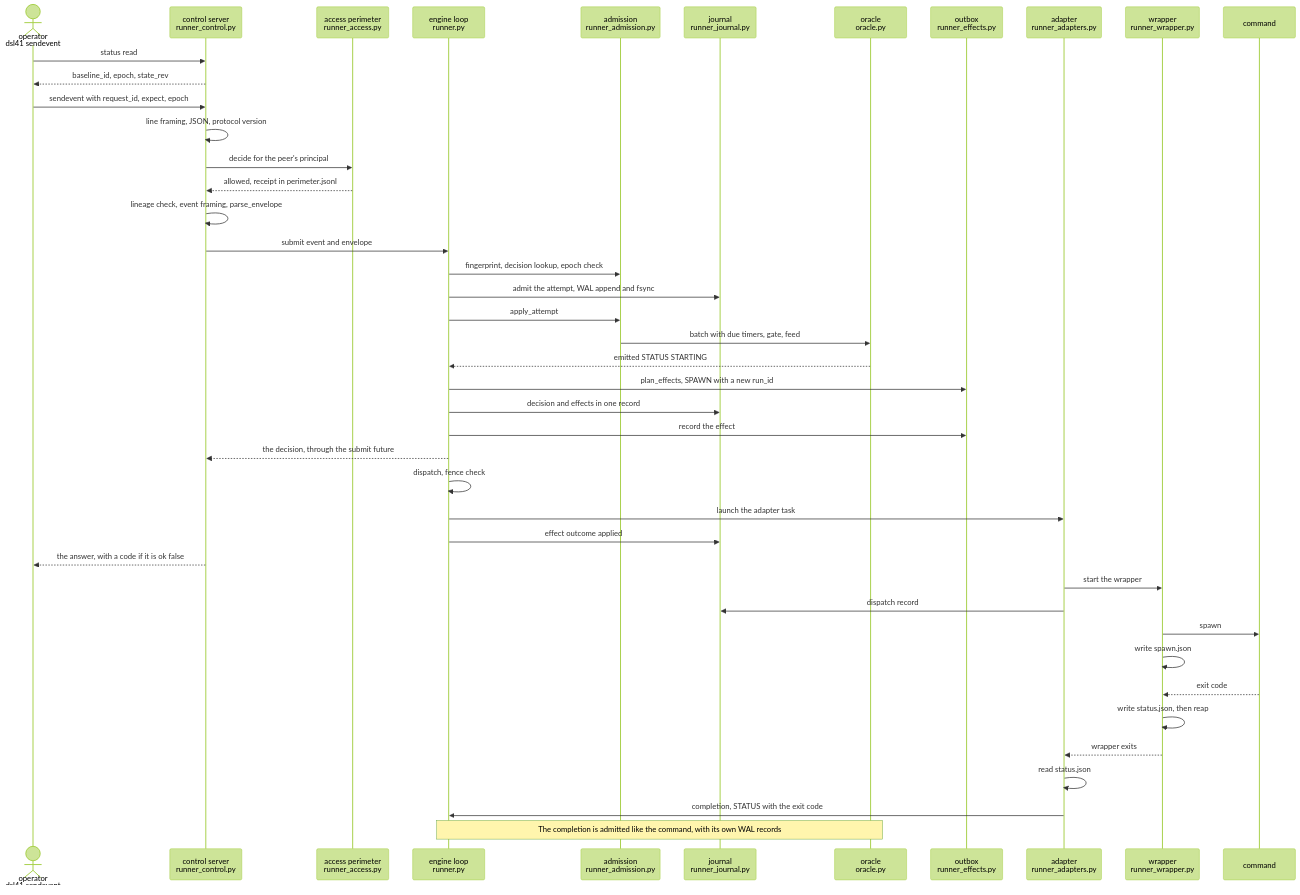
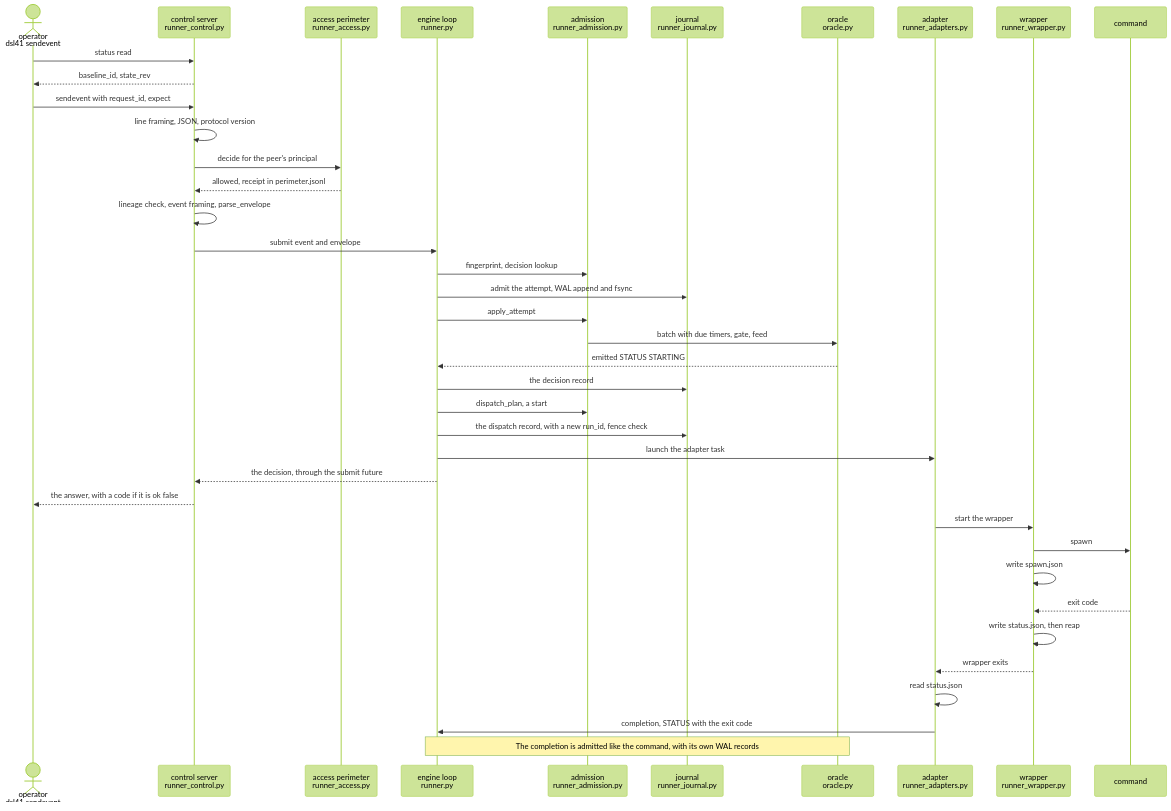
One commit to mrbald/dsl41 changed the fourth of 4 diagrams in docs/architecture.md. Above: the diagram before and after it, drawn with Mermaid (forest theme). The commit also changed other lines of this file and 99 other files, not shown here.

````diff
--- a/docs/architecture.md
+++ b/docs/architecture.md
@@ -224,45 +219,41 @@
 ```mermaid
 sequenceDiagram
   actor Op as operator<br/>dsl41 sendevent
   participant Ctl as control server<br/>runner_control.py
   participant Acc as access perimeter<br/>runner_access.py
   participant Eng as engine loop<br/>runner.py
   participant Adm as admission<br/>runner_admission.py
   participant Jr as journal<br/>runner_journal.py
   participant Orc as oracle<br/>oracle.py
-  participant Ob as outbox<br/>runner_effects.py
   participant Ad as adapter<br/>runner_adapters.py
   participant Wr as wrapper<br/>runner_wrapper.py
   participant Cmd as command
   Op->>Ctl: status read
-  Ctl-->>Op: baseline_id, epoch, state_rev
-  Op->>Ctl: sendevent with request_id, expect, epoch
+  Ctl-->>Op: baseline_id, state_rev
+  Op->>Ctl: sendevent with request_id, expect
   Ctl->>Ctl: line framing, JSON, protocol version
   Ctl->>Acc: decide for the peer's principal
   Acc-->>Ctl: allowed, receipt in perimeter.jsonl
   Ctl->>Ctl: lineage check, event framing, parse_envelope
   Ctl->>Eng: submit event and envelope
-  Eng->>Adm: fingerprint, decision lookup, epoch check
+  Eng->>Adm: fingerprint, decision lookup
   Eng->>Jr: admit the attempt, WAL append and fsync
   Eng->>Adm: apply_attempt
   Adm->>Orc: batch with due timers, gate, feed
   Orc-->>Eng: emitted STATUS STARTING
-  Eng->>Ob: plan_effects, SPAWN with a new run_id
-  Eng->>Jr: decision and effects in one record
-  Eng->>Ob: record the effect
+  Eng->>Jr: the decision record
+  Eng->>Adm: dispatch_plan, a start
+  Eng->>Jr: the dispatch record, with a new run_id, fence check
+  Eng->>Ad: launch the adapter task
   Eng-->>Ctl: the decision, through the submit future
-  Eng->>Eng: dispatch, fence check
-  Eng->>Ad: launch the adapter task
-  Eng->>Jr: effect outcome applied
   Ctl-->>Op: the answer, with a code if it is ok false
   Ad->>Wr: start the wrapper
-  Ad->>Jr: dispatch record
   Wr->>Cmd: spawn
   Wr->>Wr: write spawn.json
   Cmd-->>Wr: exit code
   Wr->>Wr: write status.json, then reap
   Wr-->>Ad: wrapper exits
   Ad->>Ad: read status.json
   Ad->>Eng: completion, STATUS with the exit code
   Note over Eng,Orc: The completion is admitted like the command, with its own WAL records
 ```
````
